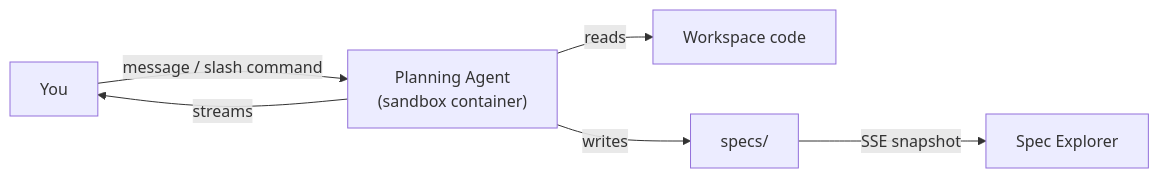
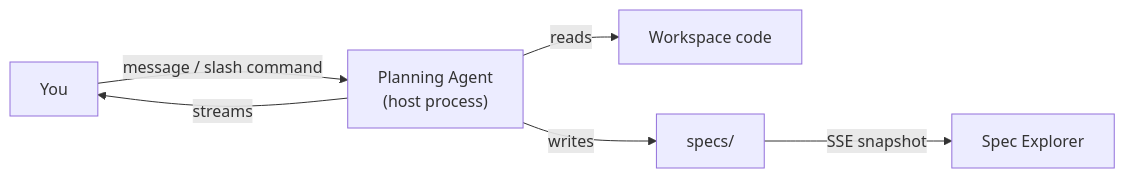
One commit to changkun/wallfacer changed the first of 2 diagrams in docs/guide/exploring-ideas.md. Above: the diagram before and after it, drawn with Mermaid. The commit also changed other lines of this file and 1 other file, not shown here.

First line of the commit message:
docs: align planner docs with host-only execution

````diff
--- a/docs/guide/exploring-ideas.md
+++ b/docs/guide/exploring-ideas.md
@@ -7,8 +7,8 @@
 ```mermaid
 flowchart LR
-  user["You"] -->|message / slash command| agent["Planning Agent<br/>(sandbox container)"]
+  user["You"] -->|message / slash command| agent["Planning Agent<br/>(host process)"]
   agent -->|reads| code["Workspace code"]
   agent -->|writes| specs["specs/"]
   specs -->|SSE snapshot| explorer["Spec Explorer"]
   agent -->|streams| user
 ```
````
